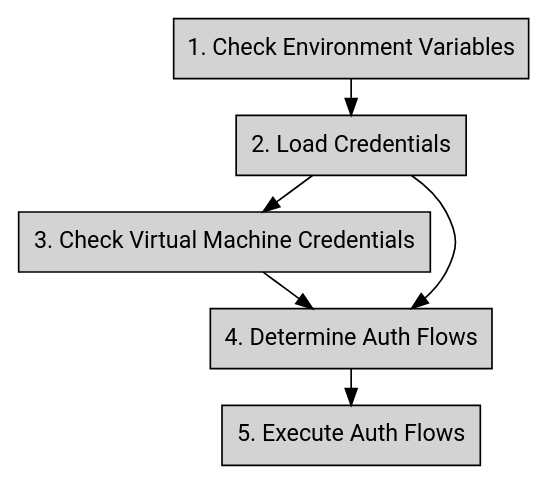
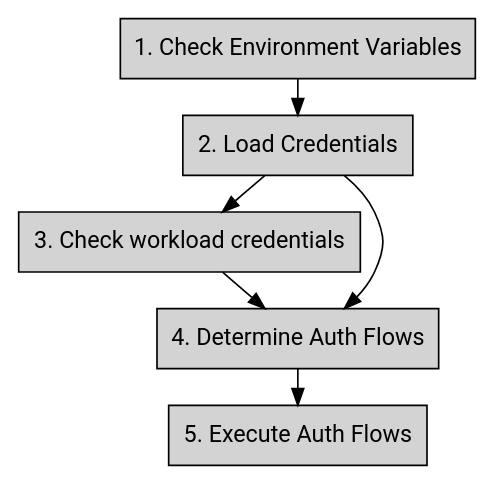
Before and after one commit to aip-dev/google.aip.dev: the diagram in aip/auth/4110.md, drawn with Graphviz. The commit also changed other lines of this file and 2 other files, not shown here.

Commit message:
Add AIPs describing workload credentials and mTLS token binding flows

````diff
--- a/aip/auth/4110.md
+++ b/aip/auth/4110.md
@@ -99,16 +99,16 @@
 ```graphviz
 digraph d_front_back {
   rankdir=TB;
   ranksep=0.3;
   node [ style="filled,solid" shape=box fontname="Roboto" ];
 
   check_env_var [ label="1. Check Environment Variables" ];
   load_credentials [ label="2. Load Credentials" ];
-  check_metadata [ label="3. Check Virtual Machine Credentials" ];
+  check_metadata [ label="3. Check workload credentials" ];
   auth_flows [ label="4. Determine Auth Flows" ];
   execute [ label="5. Execute Auth Flows" ];
 
   check_env_var -> load_credentials -> check_metadata ->auth_flows -> execute;
   load_credentials -> auth_flows;
 }
 ```
````
